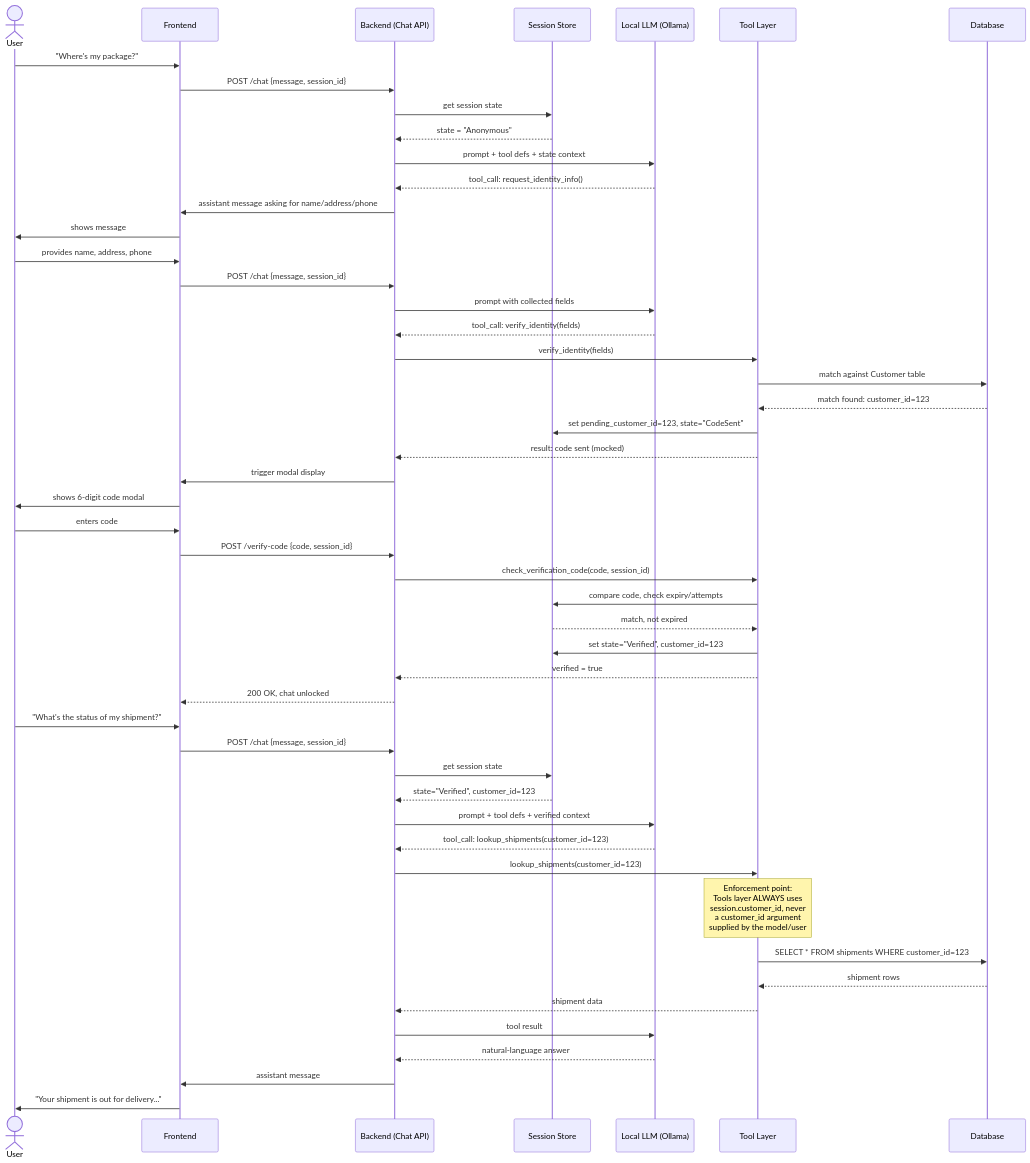
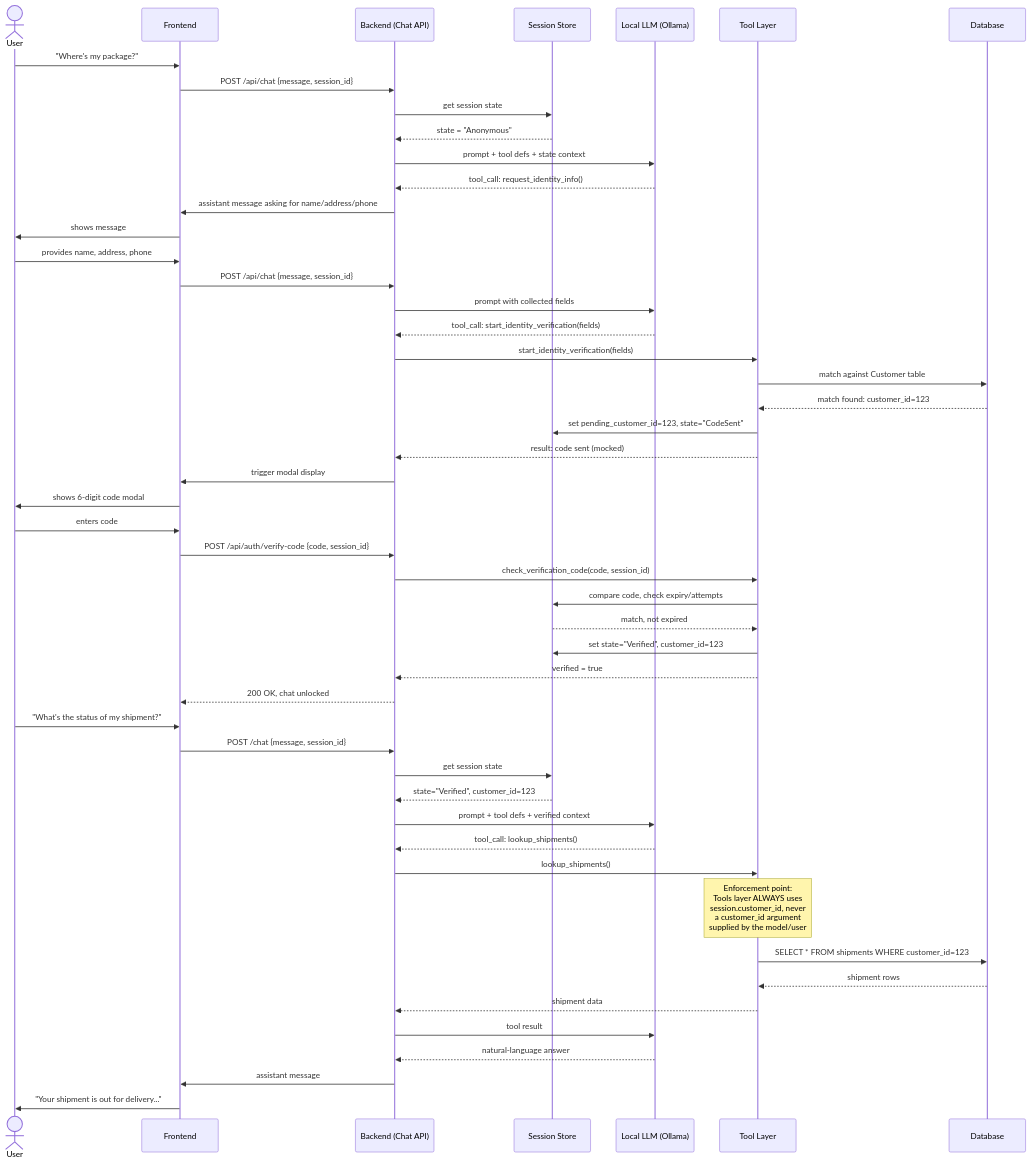
One commit to sheshum/SecureShip changed the first of 2 diagrams in docs/diagrams/tooling-call-sequence.md. Above: the diagram before and after it, drawn with Mermaid. The commit also changed other lines of this file and 32 other files, not shown here.

````diff
--- a/docs/diagrams/tooling-call-sequence.md
+++ b/docs/diagrams/tooling-call-sequence.md
@@ -8,56 +8,56 @@
 ```mermaid
 sequenceDiagram
     actor User
     participant FE as Frontend
     participant BE as Backend (Chat API)
     participant Session as Session Store
     participant LLM as Local LLM (Ollama)
     participant Tools as Tool Layer
     participant DB as Database
 
     User->>FE: "Where's my package?"
-    FE->>BE: POST /chat {message, session_id}
+    FE->>BE: POST /api/chat {message, session_id}
     BE->>Session: get session state
     Session-->>BE: state = "Anonymous"
     BE->>LLM: prompt + tool defs + state context
     LLM-->>BE: tool_call: request_identity_info()
     BE->>FE: assistant message asking for name/address/phone
     FE->>User: shows message
 
     User->>FE: provides name, address, phone
-    FE->>BE: POST /chat {message, session_id}
+    FE->>BE: POST /api/chat {message, session_id}
     BE->>LLM: prompt with collected fields
-    LLM-->>BE: tool_call: verify_identity(fields)
-    BE->>Tools: verify_identity(fields)
+    LLM-->>BE: tool_call: start_identity_verification(fields)
+    BE->>Tools: start_identity_verification(fields)
     Tools->>DB: match against Customer table
     DB-->>Tools: match found: customer_id=123
     Tools->>Session: set pending_customer_id=123, state="CodeSent"
     Tools-->>BE: result: code sent (mocked)
     BE->>FE: trigger modal display
     FE->>User: shows 6-digit code modal
 
     User->>FE: enters code
-    FE->>BE: POST /verify-code {code, session_id}
+    FE->>BE: POST /api/auth/verify-code {code, session_id}
     BE->>Tools: check_verification_code(code, session_id)
     Tools->>Session: compare code, check expiry/attempts
     Session-->>Tools: match, not expired
     Tools->>Session: set state="Verified", customer_id=123
     Tools-->>BE: verified = true
     BE-->>FE: 200 OK, chat unlocked
 
     User->>FE: "What's the status of my shipment?"
     FE->>BE: POST /chat {message, session_id}
     BE->>Session: get session state
     Session-->>BE: state="Verified", customer_id=123
     BE->>LLM: prompt + tool defs + verified context
-    LLM-->>BE: tool_call: lookup_shipments(customer_id=123)
-    BE->>Tools: lookup_shipments(customer_id=123)
+    LLM-->>BE: tool_call: lookup_shipments()
+    BE->>Tools: lookup_shipments()
     Note over Tools: Enforcement point:<br/>Tools layer ALWAYS uses<br/>session.customer_id, never<br/>a customer_id argument<br/>supplied by the model/user
     Tools->>DB: SELECT * FROM shipments WHERE customer_id=123
     DB-->>Tools: shipment rows
     Tools-->>BE: shipment data
     BE->>LLM: tool result
     LLM-->>BE: natural-language answer
     BE->>FE: assistant message
     FE->>User: "Your shipment is out for delivery..."
 ```
````
